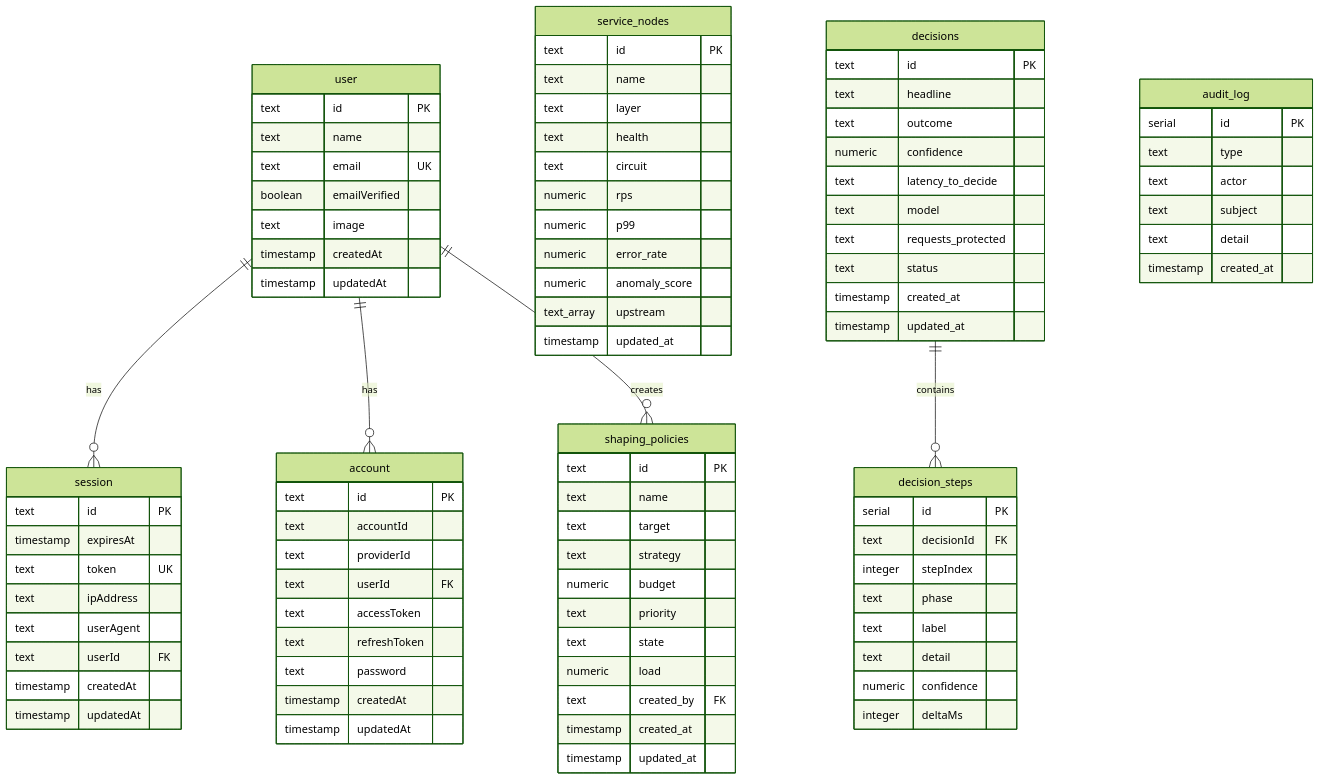
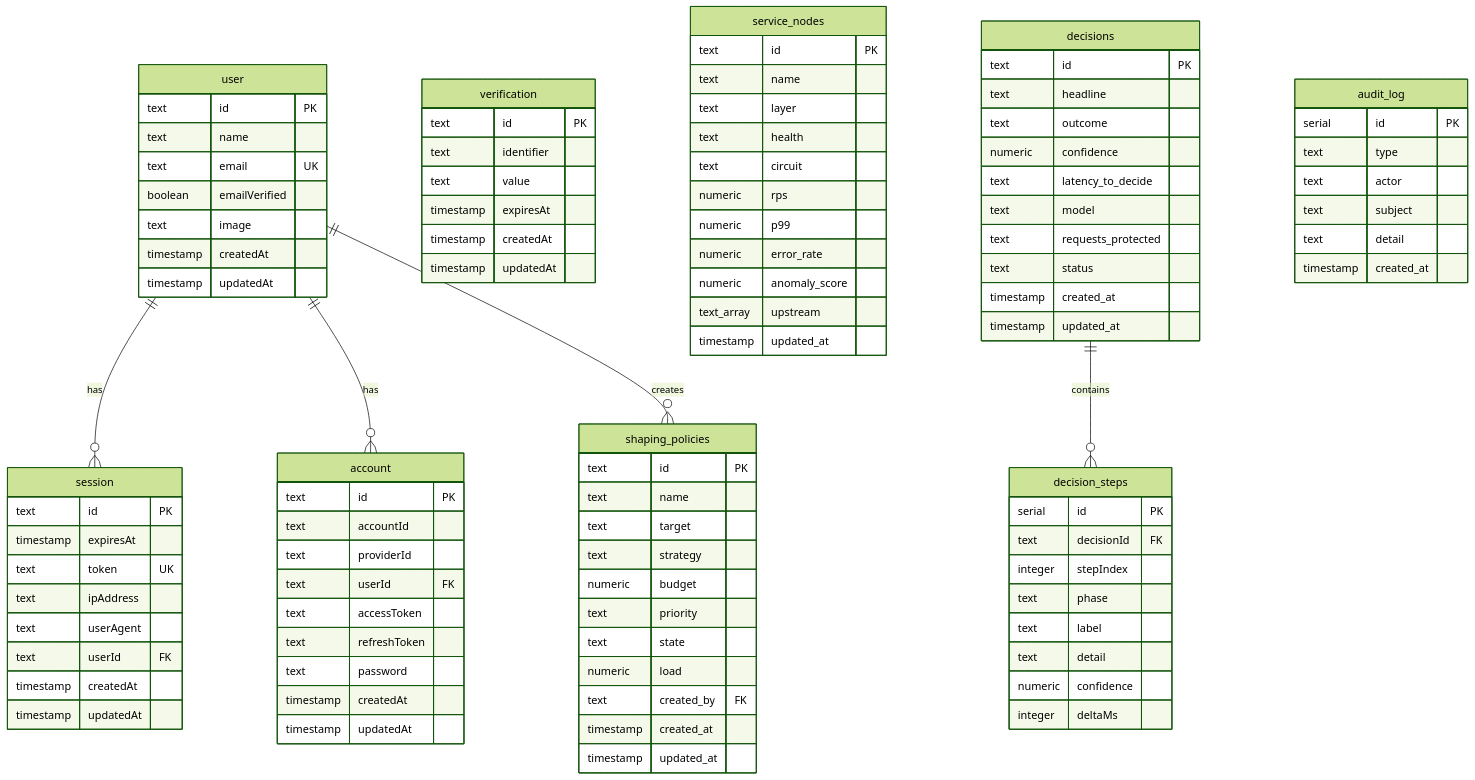
The sixth of 7 diagrams in README.md (BugHunterX2101/SentinalGateway), drawn with Mermaid (forest theme) before and after one commit. The commit also changed other lines of this file, not shown here.

Commit message:
docs: complete README redesign with detailed architecture diagrams, full file structure, API reference, and design system docs

```diff
--- a/README.md
+++ b/README.md
@@ -254,6 +334,15 @@
         text accessToken
         text refreshToken
         text password
+        timestamp createdAt
+        timestamp updatedAt
+    }
+
+    verification {
+        text id PK
+        text identifier
+        text value
+        timestamp expiresAt
         timestamp createdAt
         timestamp updatedAt
     }
```
